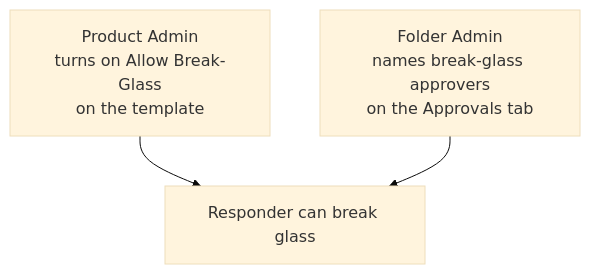
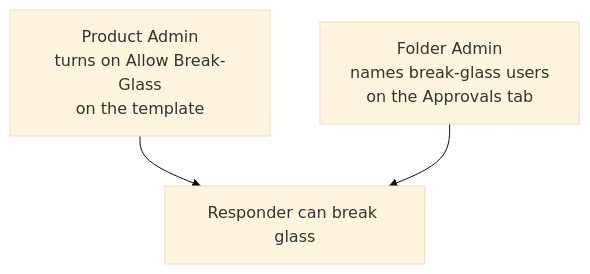
The third of 3 diagrams in docs/documentation/platform/pam/access-requests/overview.mdx (Infisical/infisical), drawn with Mermaid (base theme) before and after one commit. The commit also changed other lines of this file and 14 other files, not shown here.

````diff
--- a/docs/documentation/platform/pam/access-requests/overview.mdx
+++ b/docs/documentation/platform/pam/access-requests/overview.mdx
@@ -126,9 +126,9 @@
 ```mermaid
 graph TD
     T["Product Admin<br/>turns on Allow Break-Glass<br/>on the template"]
-    F["Folder Admin<br/>names break-glass approvers<br/>on the Approvals tab"]
+    F["Folder Admin<br/>names break-glass users<br/>on the Approvals tab"]
     B["Responder can break glass"]
 
     T --> B
     F --> B
 ```
````
